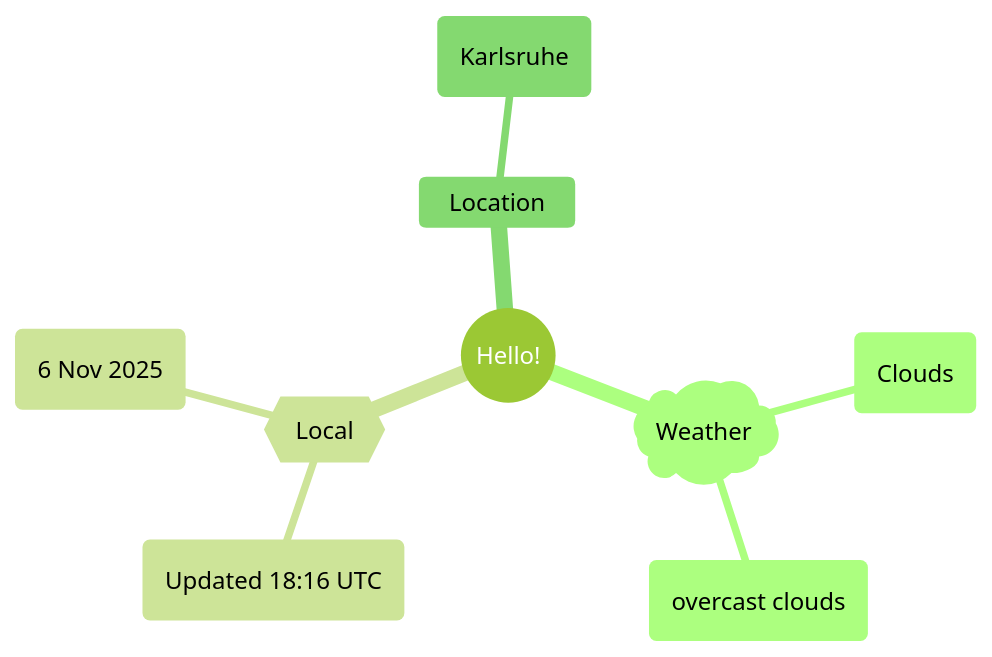
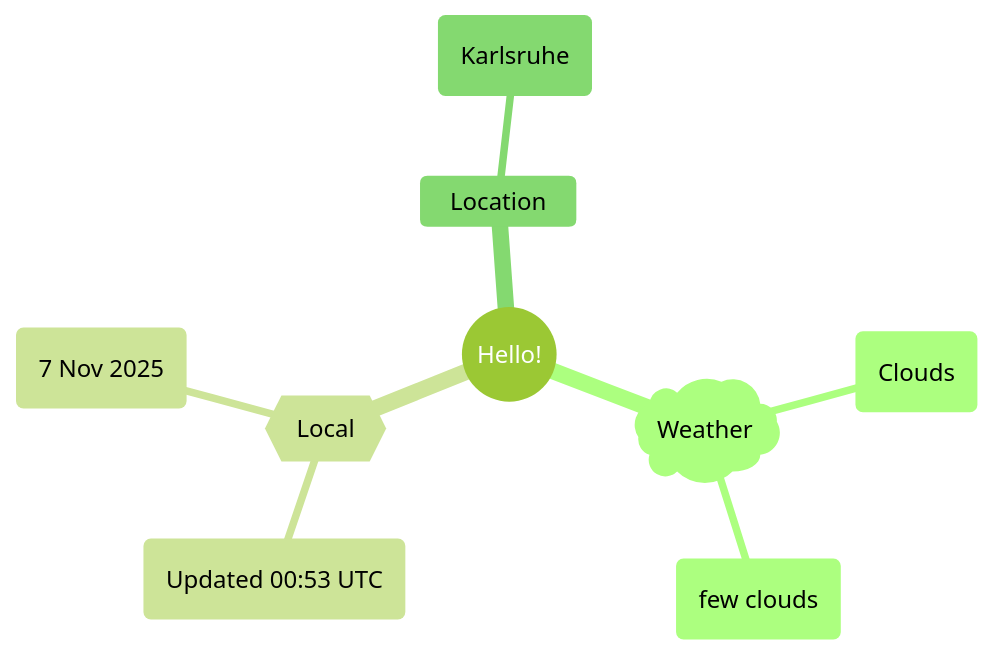
One commit to Xosrov/Xosrov changed the first of 2 diagrams in README.md. Above: the diagram before and after it, drawn with Mermaid (forest theme).

Commit message:
[bot] updated images

````diff
--- a/README.md
+++ b/README.md
@@ -3,12 +3,12 @@
 ```mermaid
 mindmap
   root((Hello!))
     )Weather(
         (Clouds)
-        (overcast clouds)
+        (few clouds)
     {{Local}}
-        (Updated 18:16 UTC)
-        (6 Nov 2025)
+        (Updated 00:53 UTC)
+        (7 Nov 2025)
     Location
         (Karlsruhe)
 ```
````
